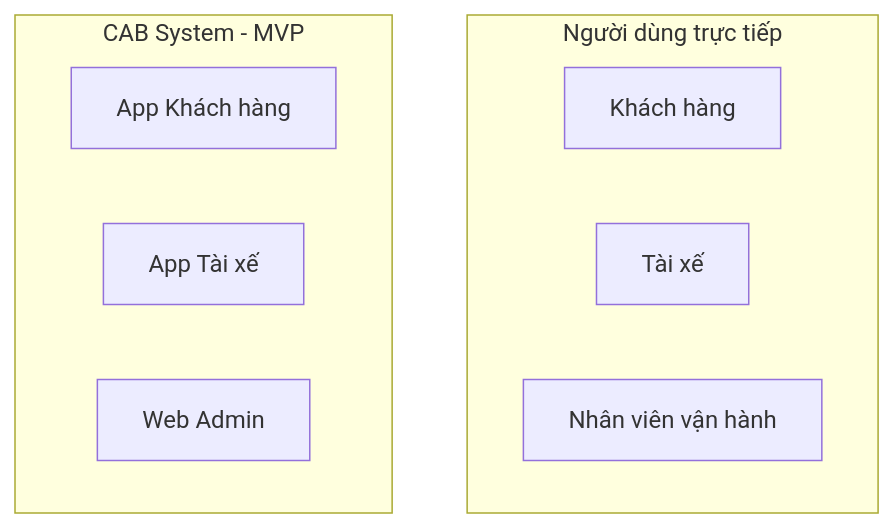
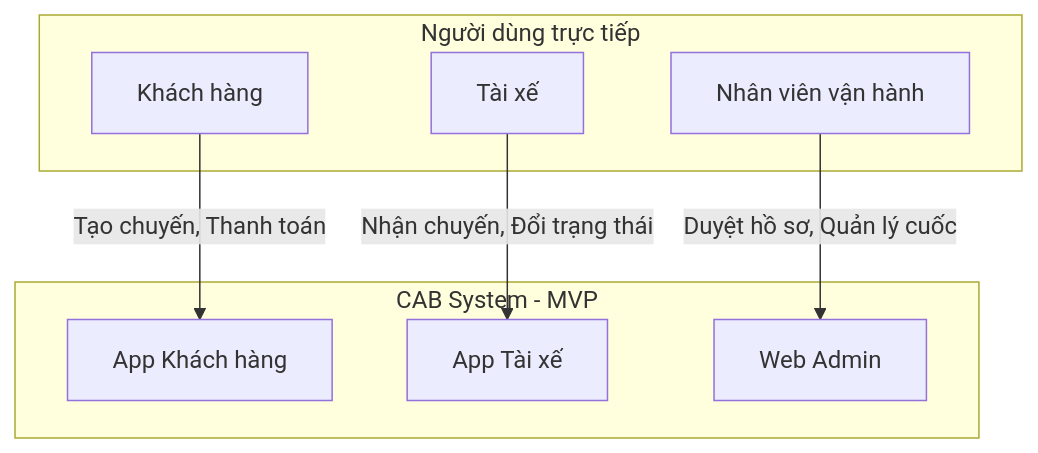
Before and after one commit to thanh0917025046-ctrl/23733811_NguyenTrungDatThanh_Capsystem: the diagram in SRS.md, drawn with Mermaid. The commit also changed other lines of this file, not shown here.

````diff
--- a/SRS.md
+++ b/SRS.md
@@ -28,14 +28,18 @@
 ```mermaid
 graph TD
     subgraph NguoiDung [Người dùng trực tiếp]
         KH[Khách hàng]
         TX[Tài xế]
         NV[Nhân viên vận hành]
     end
     
     subgraph HeThong [CAB System - MVP]
         APP_KH[App Khách hàng]
         APP_TX[App Tài xế]
         WEB_ADMIN[Web Admin]
     end
+
+    KH -->|Tạo chuyến, Thanh toán| APP_KH
+    TX -->|Nhận chuyến, Đổi trạng thái| APP_TX
+    NV -->|Duyệt hồ sơ, Quản lý cuốc| WEB_ADMIN
 ```
````
